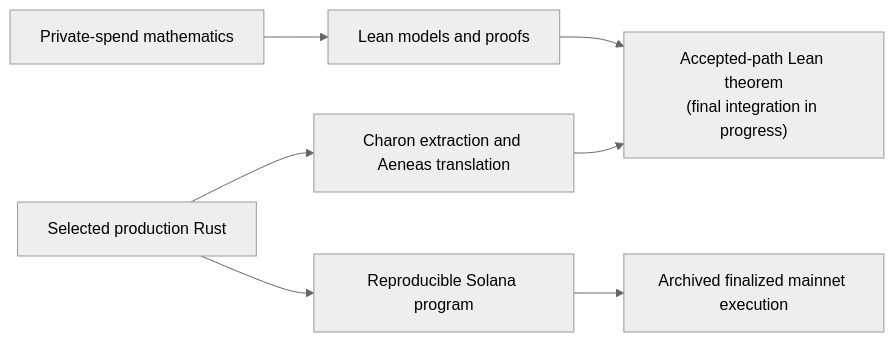
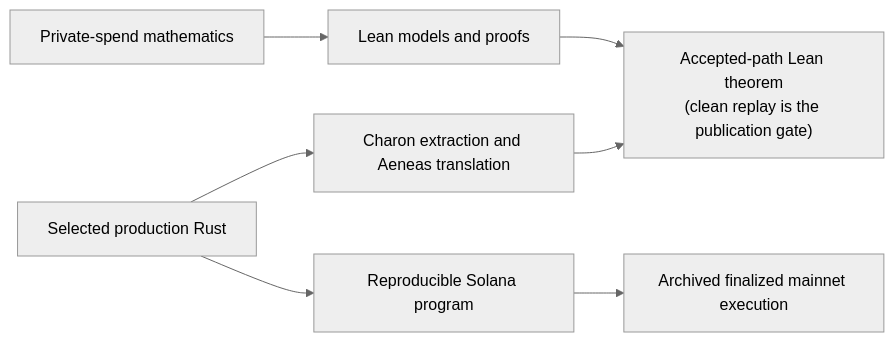
The diagram in docs/formal-verification.md (DJBarker87/aspis), drawn with Mermaid (neutral theme) before and after one commit. The commit also changed other lines of this file and 17 other files, not shown here.

Commit message:
docs: report completed accepted verifier theorem

````diff
--- a/docs/formal-verification.md
+++ b/docs/formal-verification.md
@@ -13,17 +13,17 @@
 ```mermaid
 flowchart LR
     M["Private-spend mathematics"]
     L["Lean models and proofs"]
     R["Selected production Rust"]
     A["Charon extraction and Aeneas translation"]
-    E["Accepted-path Lean theorem<br/>(final integration in progress)"]
+    E["Accepted-path Lean theorem<br/>(clean replay is the publication gate)"]
     B["Reproducible Solana program"]
     X["Archived finalized mainnet execution"]
 
     M --> L
     R --> A
     L --> E
     A --> E
     R --> B
     B --> X
 ```
````
